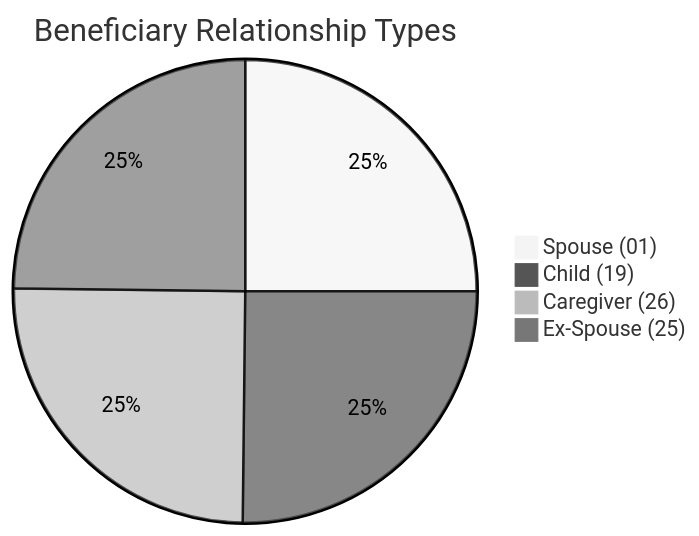
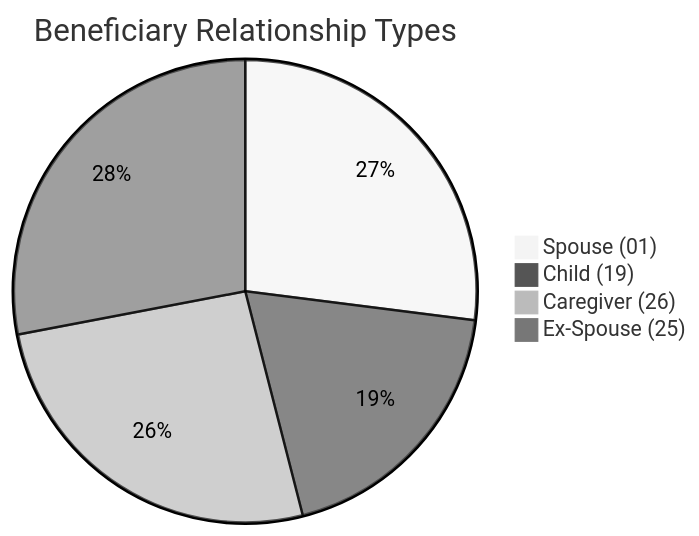
Before and after one commit to dhagan-va/intern-2025: the eighth of 10 diagrams in test-tools/DataGen/src/Statistics_Visualizer.md, drawn with Mermaid (neutral theme). The commit also changed other lines of this file and 6 other files, not shown here.

````diff
--- a/test-tools/DataGen/src/Statistics_Visualizer.md
+++ b/test-tools/DataGen/src/Statistics_Visualizer.md
@@ -86,7 +86,7 @@
 ```mermaid
 pie title Beneficiary Relationship Types
-    "Spouse (01)" : 24999
-    "Child (19)" : 25176
-    "Caregiver (26)" : 25022
-    "Ex-Spouse (25)" : 24803
+    "Spouse (01)" : 27
+    "Child (19)" : 19
+    "Caregiver (26)" : 26
+    "Ex-Spouse (25)" : 28
 ```
````
